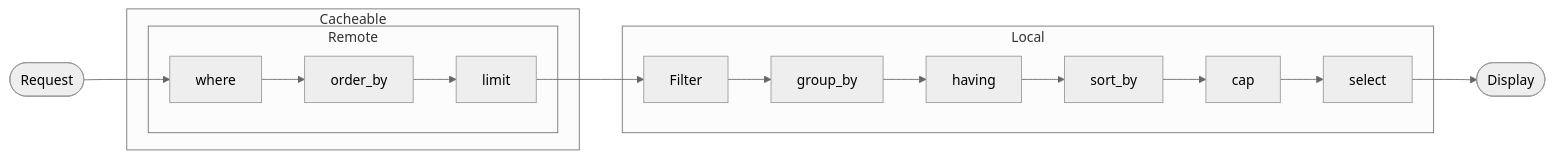
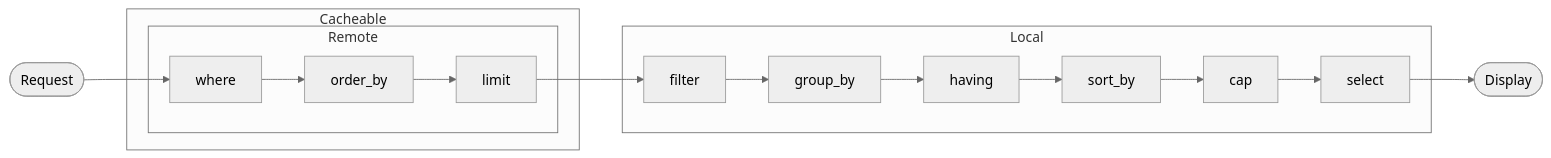
Before and after one commit to coddingtonbear/jira-select: the diagram in docs/query_lifecycle.rst, drawn with Mermaid (neutral theme).

Commit message:
Fixing query lifecycle chart.

```diff
--- a/docs/query_lifecycle.rst
+++ b/docs/query_lifecycle.rst
@@ -4,21 +4,21 @@
 .. mermaid::
 
    graph LR
-        req([Request])
-        req-->where
-        subgraph Cacheable
-          subgraph Remote
-              where-->order_by
-              order_by-->limit
-          end
-        end
-        subgraph Local
-            limit-->filt[Filter]
-            filt[Filter]-->group_by
-            group_by-->having
-            having-->sort_by
-            sort_by-->cap
-            cap-->select
-        end
-        result([Display])
-        select-->result
+     req([Request])
+     req-->where
+     subgraph Cacheable
+       subgraph Remote
+           where-->order_by
+           order_by-->limit
+       end
+     end
+     subgraph Local
+       limit-->filt[filter]
+       filt[filter]-->group_by
+       group_by-->having
+       having-->sort_by
+       sort_by-->cap
+       cap-->select
+     end
+     result([Display])
+     select-->result
```
